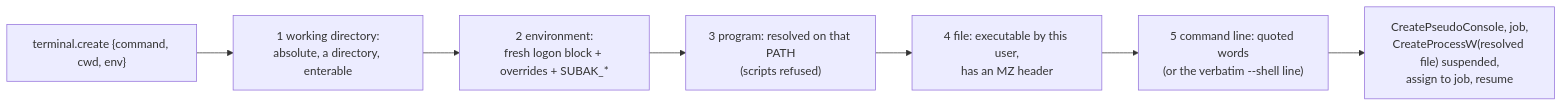
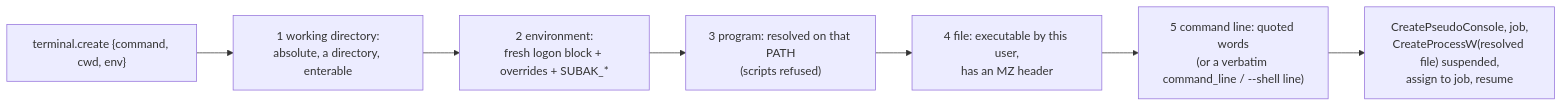
One commit to 7bvcxz/kim changed the diagram in docs/PTY_PROCESSES.md. Above: the diagram before and after it, drawn with Mermaid. The commit also changed other lines of this file and 13 other files, not shown here.

````diff
--- a/docs/PTY_PROCESSES.md
+++ b/docs/PTY_PROCESSES.md
@@ -25,9 +25,9 @@
 ```mermaid
 flowchart LR
   req["terminal.create {command, cwd, env}"] --> cwd["1 working directory:<br/>absolute, a directory, enterable"]
   cwd --> env["2 environment:<br/>fresh logon block + overrides + SUBAK_*"]
   env --> res["3 program: resolved on that PATH<br/>(scripts refused)"]
   res --> img["4 file: executable by this user,<br/>has an MZ header"]
-  img --> line["5 command line: quoted words<br/>(or the verbatim --shell line)"]
+  img --> line["5 command line: quoted words<br/>(or a verbatim command_line / --shell line)"]
   line --> pty["CreatePseudoConsole, job,<br/>CreateProcessW(resolved file) suspended,<br/>assign to job, resume"]
 ```
````
